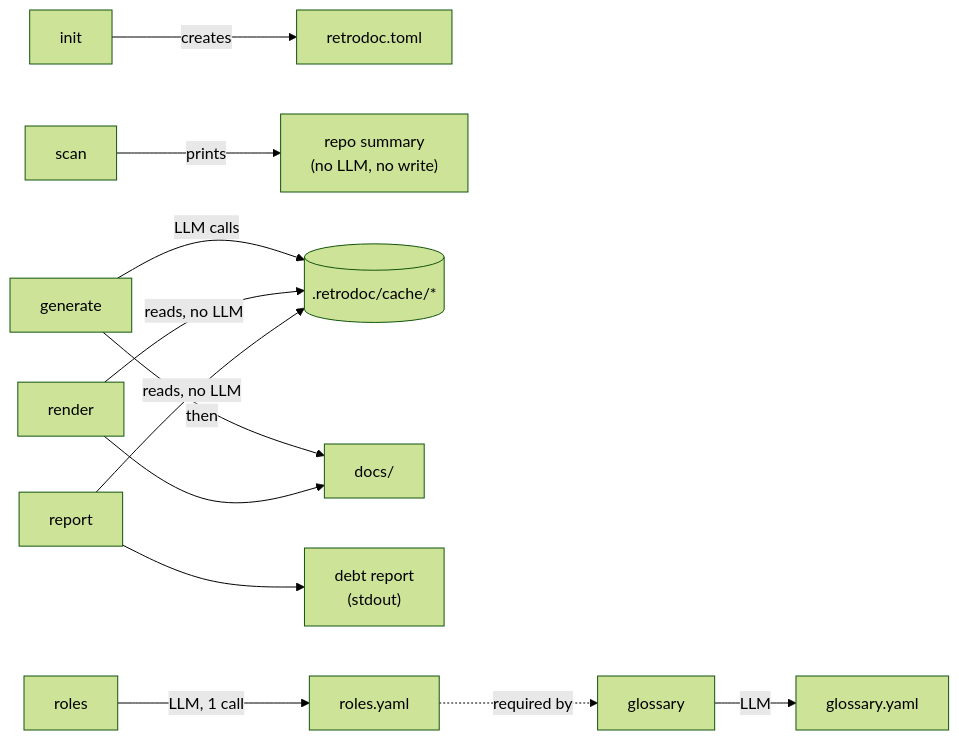
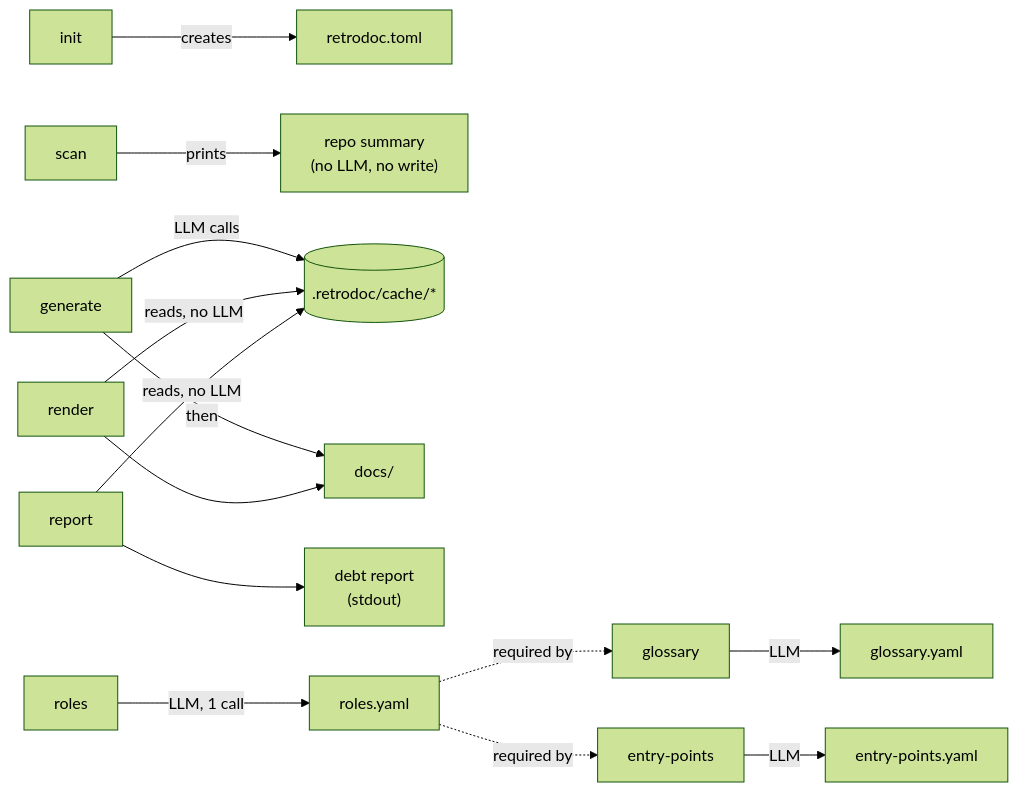
Before and after one commit to Electron-libre/RetroDoc: the third of 8 diagrams in docs/ARCHITECTURE.md, drawn with Mermaid (forest theme). The commit also changed other lines of this file and 1 other file, not shown here.

First line of the commit message:
docs: add entry-points to architecture docs

````diff
--- a/docs/ARCHITECTURE.md
+++ b/docs/ARCHITECTURE.md
@@ -59,14 +59,16 @@
 ```mermaid
 flowchart LR
     init["init"] -->|creates| toml["retrodoc.toml"]
     scan["scan"] -->|prints| sum["repo summary<br/>(no LLM, no write)"]
     gen["generate"] -->|LLM calls| art[(".retrodoc/cache/*")]
     gen -->|then| out["docs/"]
     ren["render"] -->|reads, no LLM| art
     ren --> out
     rep["report"] -->|reads, no LLM| art
     rep --> debt["debt report<br/>(stdout)"]
     roles["roles"] -->|LLM, 1 call| rolesyaml["roles.yaml"]
     gloss["glossary"] -->|LLM| glossyaml["glossary.yaml"]
     rolesyaml -.->|required by| gloss
+    ep["entry-points"] -->|LLM| epyaml["entry-points.yaml"]
+    rolesyaml -.->|required by| ep
 ```
````
